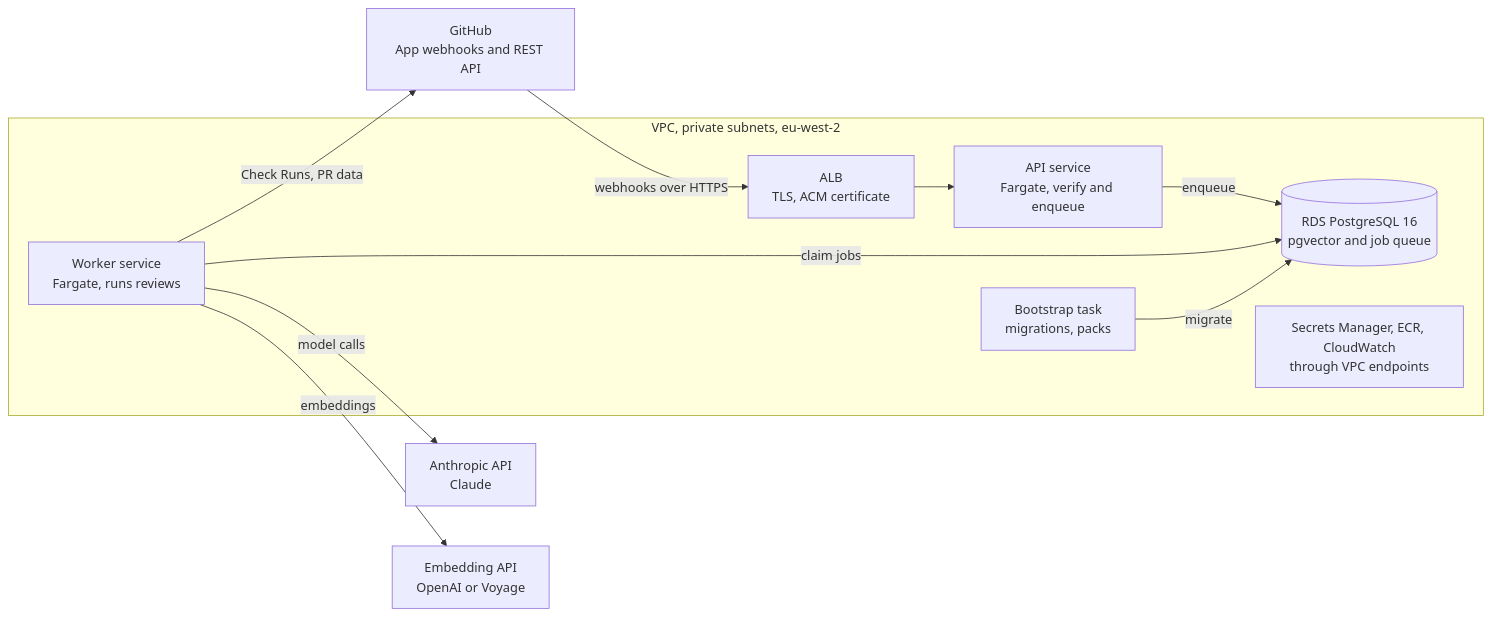
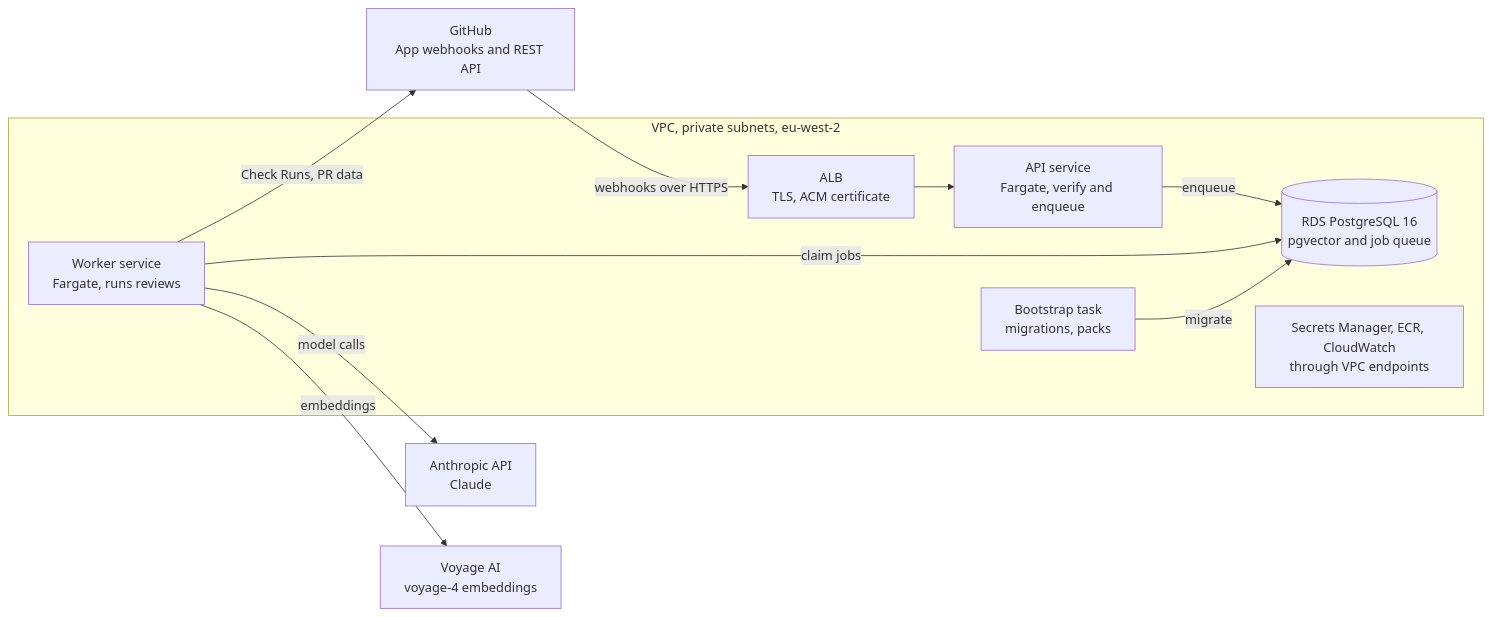
The diagram in docs/roadmap.md (leotemtem/RepoMonster), drawn with Mermaid before and after one commit. The commit also changed other lines of this file and 1 other file, not shown here.

First line of the commit message:
Choose Voyage AI voyage-4 for embeddings

````diff
--- a/docs/roadmap.md
+++ b/docs/roadmap.md
@@ -57,21 +57,21 @@
 ```mermaid
 flowchart LR
     GH[GitHub<br/>App webhooks and REST API]
     LLM[Anthropic API<br/>Claude]
-    EMB[Embedding API<br/>OpenAI or Voyage]
+    EMB[Voyage AI<br/>voyage-4 embeddings]
     subgraph VPC[VPC, private subnets, eu-west-2]
         ALB[ALB<br/>TLS, ACM certificate]
         API[API service<br/>Fargate, verify and enqueue]
         WRK[Worker service<br/>Fargate, runs reviews]
         RDS[(RDS PostgreSQL 16<br/>pgvector and job queue)]
         BOOT[Bootstrap task<br/>migrations, packs]
         PLAT[Secrets Manager, ECR, CloudWatch<br/>through VPC endpoints]
     end
     GH -- webhooks over HTTPS --> ALB --> API
     API -- enqueue --> RDS
     WRK -- claim jobs --> RDS
     BOOT -- migrate --> RDS
     WRK -- Check Runs, PR data --> GH
     WRK -- model calls --> LLM
     WRK -- embeddings --> EMB
 ```
````
